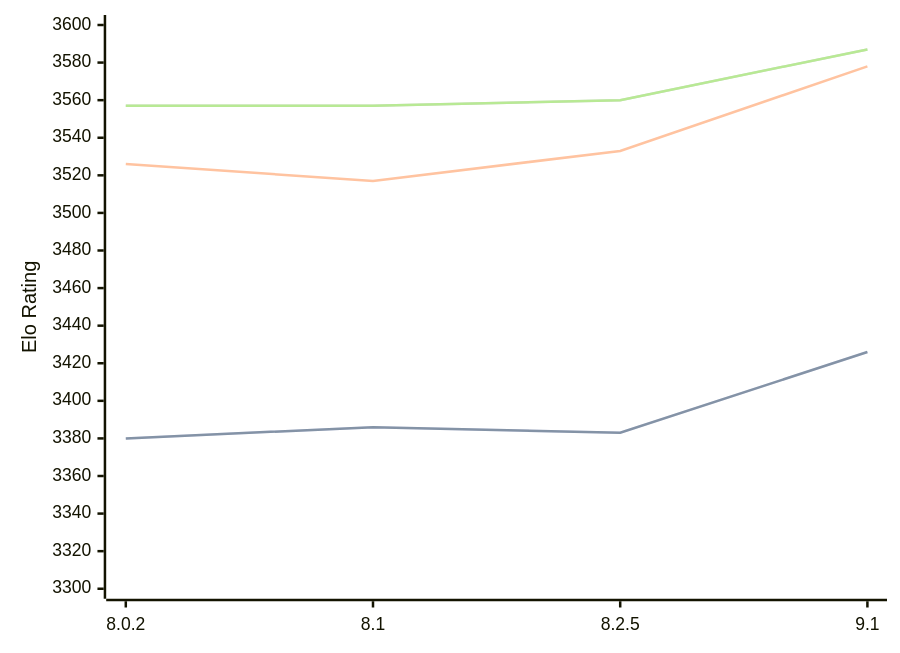
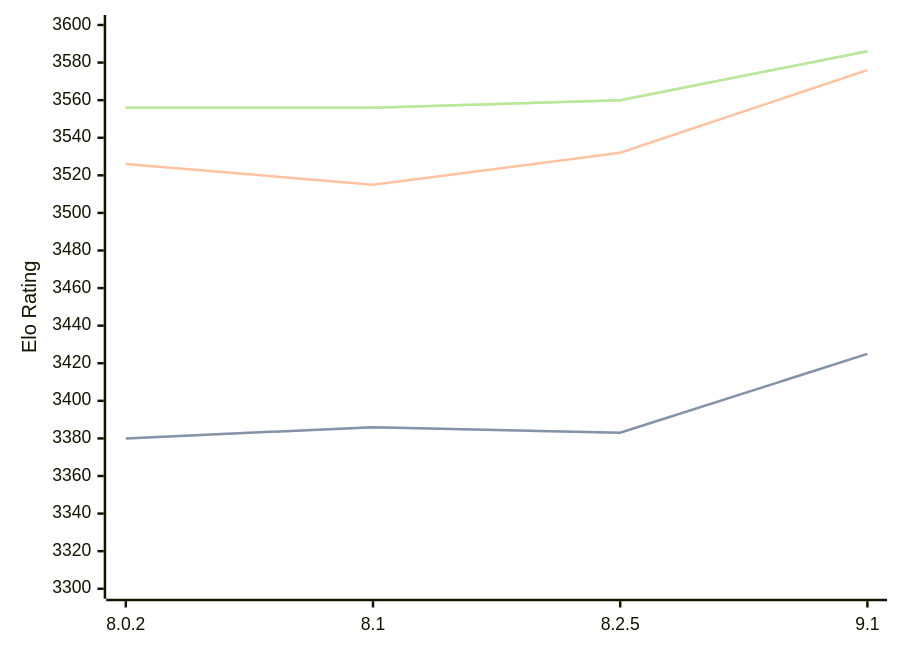
The diagram in engines/Clover.md (computer-chess-index/cci), drawn with Mermaid before and after one commit. The commit also changed other lines of this file, not shown here.

Commit message:
Update CCI Ratings (ELO VLTC) - 2026-02-28

````diff
--- a/engines/Clover.md
+++ b/engines/Clover.md
@@ -62,11 +62,11 @@
 ```mermaid
 %%{init: {"theme":"base","themeVariables":{"seriesColors:['#a3a3a3','#222221','#faa371']}}}%%
 xychart-beta
   x-axis ["8.0.2", "8.1", "8.2.5", "9.1"]
   y-axis "Elo Rating" 3300 --> 3600
-  line "STC (8.0+0.08s)" [3380, 3386, 3383, 3426]
-  line "STC (8.0+0.08s)" [3380, 3386, 3383, 3426]
-  line "LTC (60.0+0.60s)" [3526, 3517, 3533, 3578]
-  line "VLTC (2m24s+1.12s)" [3557, 3557, 3560, 3587]
-  line "VLTC (2m24s+1.12s)" [3557, 3557, 3560, 3587]
+  line "STC (8.0+0.08s)" [3380, 3386, 3383, 3425]
+  line "STC (8.0+0.08s)" [3380, 3386, 3383, 3425]
+  line "LTC (60.0+0.60s)" [3526, 3515, 3532, 3576]
+  line "VLTC (2m24s+1.12s)" [3556, 3556, 3560, 3586]
+  line "VLTC (2m24s+1.12s)" [3556, 3556, 3560, 3586]
 ```
````
